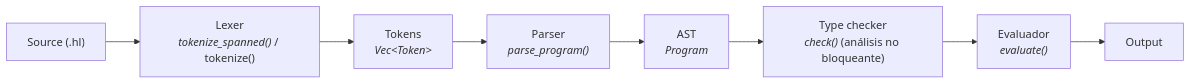
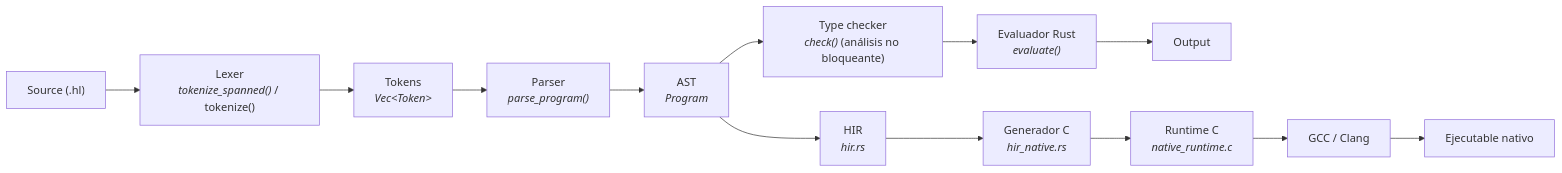
Before and after one commit to aratan/hacklang: the first of 2 diagrams in README.md, drawn with Mermaid. The commit also changed other lines of this file and 26 other files, not shown here.

````diff
--- a/README.md
+++ b/README.md
@@ -7,10 +7,15 @@
 ```mermaid
 flowchart LR
     A["Source (.hl)"] --> B["Lexer<br/><i>tokenize_spanned()</i> / tokenize()"]
     B --> C["Tokens<br/><i>Vec&lt;Token&gt;</i>"]
     C --> D["Parser<br/><i>parse_program()</i>"]
     D --> E["AST<br/><i>Program</i>"]
     E --> H["Type checker<br/><i>check()</i> (análisis no bloqueante)"]
-    H --> F["Evaluador<br/><i>evaluate()</i>"]
+    H --> F["Evaluador Rust<br/><i>evaluate()</i>"]
     F --> G["Output"]
+    E --> M["HIR<br/><i>hir.rs</i>"]
+    M --> I["Generador C<br/><i>hir_native.rs</i>"]
+    I --> J["Runtime C<br/><i>native_runtime.c</i>"]
+    J --> K["GCC / Clang"]
+    K --> L["Ejecutable nativo"]
 ```
````
